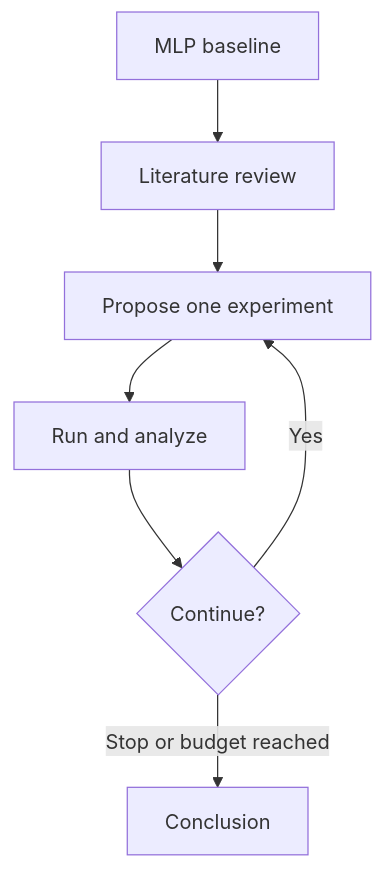
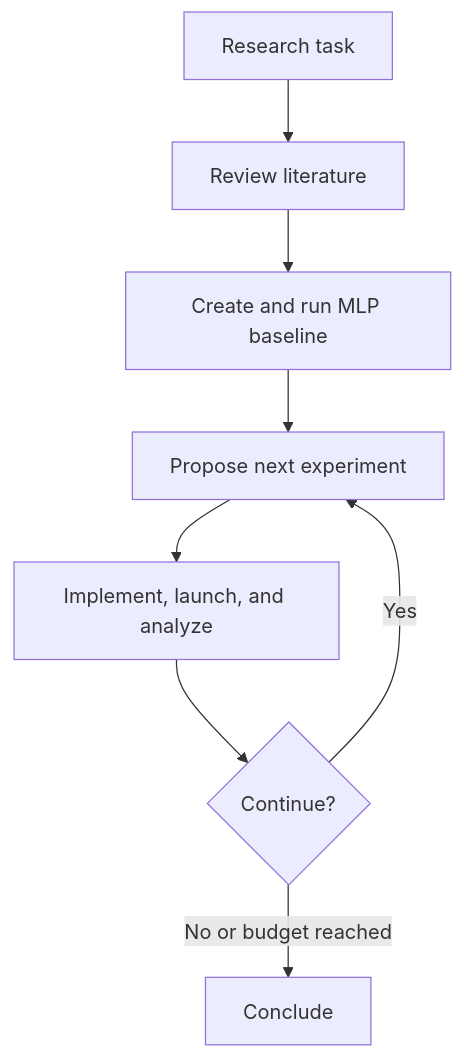
One commit to SwissDataScienceCenter/hiraku changed the diagram in docs/examples/eurosat-rgb/README.md. Above: the diagram before and after it, drawn with Mermaid. The commit also changed other lines of this file, not shown here.

Commit message:
feat(docs): update EuroSAT RGB example workflow diagram and clarify task structure

````diff
--- a/docs/examples/eurosat-rgb/README.md
+++ b/docs/examples/eurosat-rgb/README.md
@@ -82,9 +82,10 @@
 ```mermaid
 flowchart TD
-    A[MLP baseline] --> B[Literature review]
-    B --> C[Propose one experiment]
-    C --> D[Run and analyze]
-    D --> E{Continue?}
-    E -->|Yes| C
-    E -->|Stop or budget reached| F[Conclusion]
+    T[Research task] --> L[Review literature]
+    L --> B[Create and run MLP baseline]
+    B --> P[Propose next experiment]
+    P --> R[Implement, launch, and analyze]
+    R --> D{Continue?}
+    D -->|Yes| P
+    D -->|No or budget reached| F[Conclude]
 ```
````
